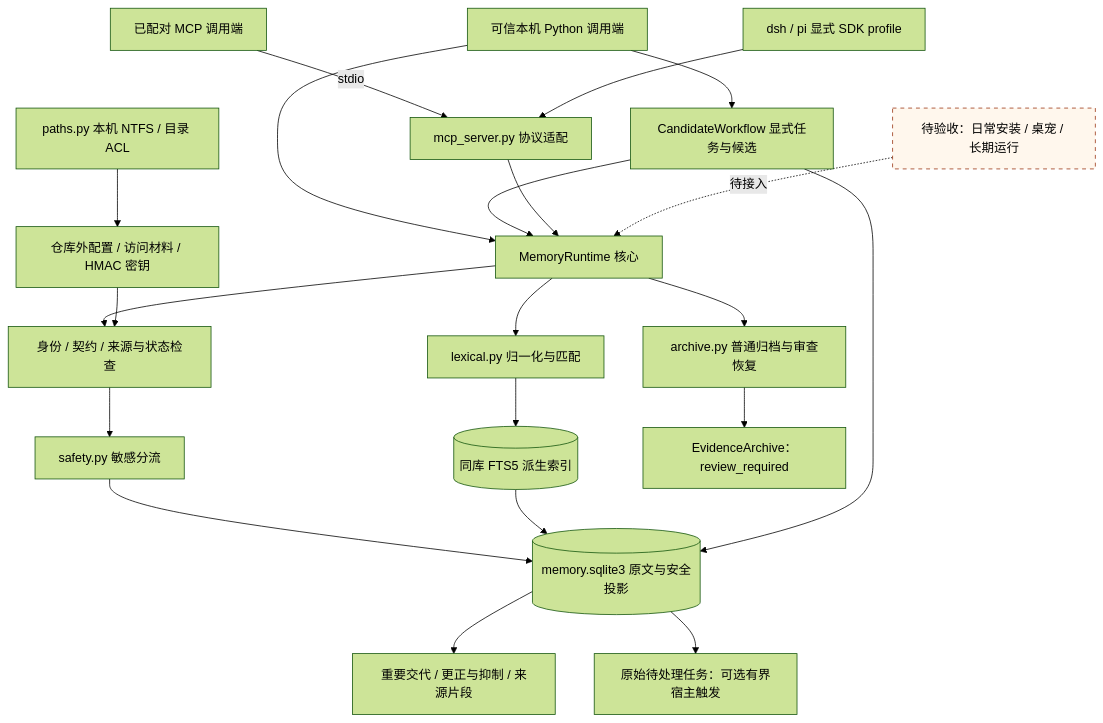
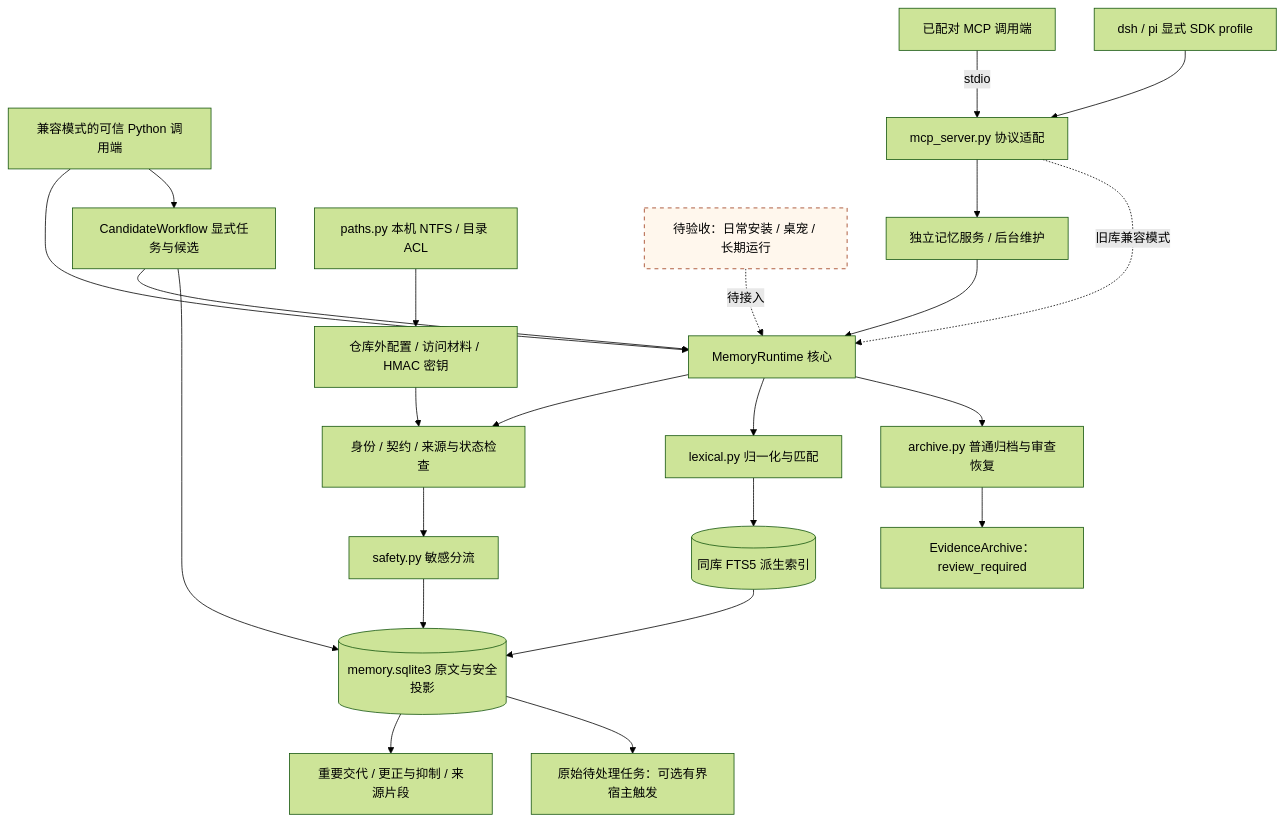
Before and after one commit to destinyTaoTao/evernook: the first of 5 diagrams in docs/current-architecture.md, drawn with Mermaid (forest theme). The commit also changed other lines of this file and 14 other files, not shown here.

````diff
--- a/docs/current-architecture.md
+++ b/docs/current-architecture.md
@@ -67,25 +69,27 @@
 ```mermaid
 flowchart TB
-    Python[可信本机 Python 调用端] --> Runtime[MemoryRuntime 核心]
+    Python[兼容模式的可信 Python 调用端] --> Runtime[MemoryRuntime 核心]
     Python --> Candidates[CandidateWorkflow 显式任务与候选]
     Candidates --> Runtime
     Client[已配对 MCP 调用端] -->|stdio| MCP[mcp_server.py 协议适配]
-    MCP --> Runtime
+    MCP --> Service[独立记忆服务 / 后台维护]
+    Service --> Runtime
+    MCP -. 旧库兼容模式 .-> Runtime
     Runtime --> Auth[身份 / 契约 / 来源与状态检查]
     Auth --> Safety[safety.py 敏感分流]
     Safety --> Ledger[(memory.sqlite3 原文与安全投影)]
     Runtime --> Lexical[lexical.py 归一化与匹配]
     Lexical --> Index[(同库 FTS5 派生索引)]
     Index --> Ledger
     Ledger --> State[重要交代 / 更正与抑制 / 来源片段]
     Ledger --> Jobs[原始待处理任务：可选有界宿主触发]
     Candidates --> Ledger
     Runtime --> Archive[archive.py 普通归档与审查恢复]
     Archive --> Review[EvidenceArchive：review_required]
     Files[仓库外配置 / 访问材料 / HMAC 密钥] --> Auth
     Paths[paths.py 本机 NTFS / 目录 ACL] --> Files
     Adapters[dsh / pi 显式 SDK profile] --> MCP
     Future[待验收：日常安装 / 桌宠 / 长期运行] -. 待接入 .-> Runtime
     classDef planned fill:#fff7ed,stroke:#9a3412,stroke-dasharray:5 5
     class Future planned
 ```
````
